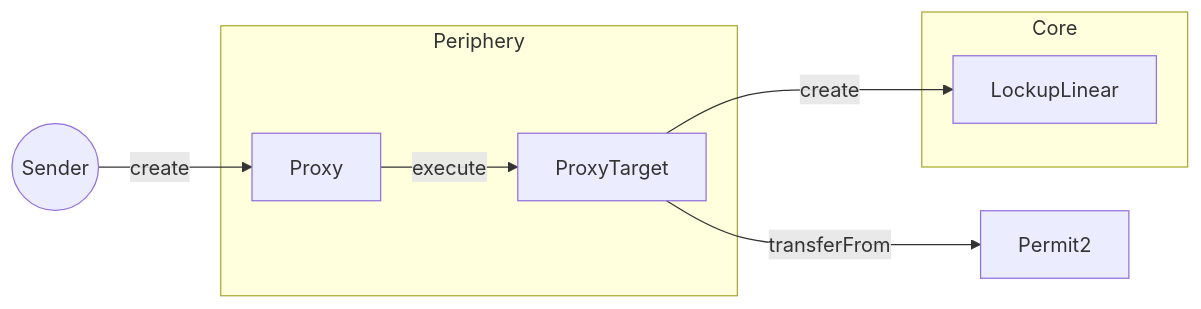
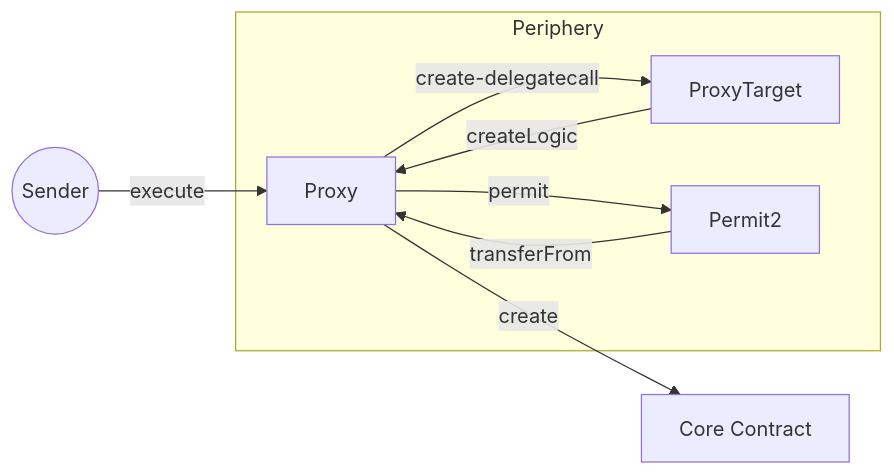
Before and after one commit to sablier-labs/docs: the fourth of 8 diagrams in docs/contracts/v2/reference/02-diagrams.md, drawn with Mermaid. The commit also changed other lines of this file, not shown here.

Commit message:
perf: improve illustrations of lockup action diagrams

````diff
--- a/docs/contracts/v2/reference/02-diagrams.md
+++ b/docs/contracts/v2/reference/02-diagrams.md
@@ -104,16 +101,17 @@
 ```mermaid
 flowchart LR
   S((Sender))
-  P2[Permit2]
   subgraph Periphery
     P[Proxy]
     PT[ProxyTarget]
+    P2[Permit2]
   end
-  subgraph Core
-    LL[LockupLinear]
-  end
-  S -- "create" --> P
-  P -- "execute" --> PT
-  PT -- "transferFrom" --> P2
-  PT -- "create" --> LL
+  CC[Core Contract]
+
+  S -- "execute" --> P
+  P -- "create-delegatecall" --> PT
+  PT -- "createLogic" --> P
+  P -- "permit" --> P2
+  P2 -- "transferFrom" --> P
+  P -- "create" --> CC
 ```
````
